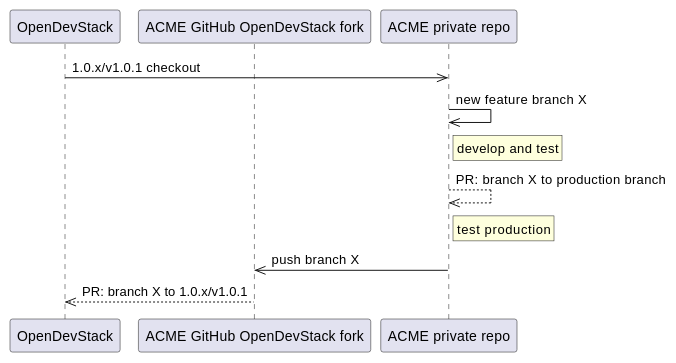
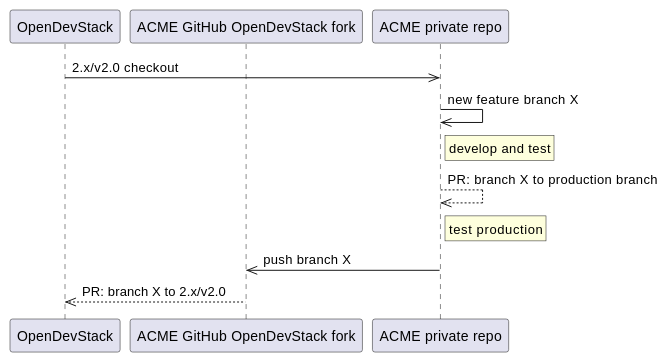
One commit to opendevstack/ods-core changed the diagram in docs/modules/contributing/pages/development.adoc. Above: the diagram before and after it, drawn with PlantUML. The commit also changed other lines of this file, not shown here.

```diff
--- a/docs/modules/contributing/pages/development.adoc
+++ b/docs/modules/contributing/pages/development.adoc
@@ -114,17 +114,17 @@
 [plantuml]
 ----
 participant OpenDevStack as A
 participant "ACME GitHub OpenDevStack fork" as B
 participant "ACME private repo" as C
-A->>C: 1.0.x/v1.0.1 checkout
+A->>C: 2.x/v2.0 checkout
 
 C->>C: new feature branch X
 rnote right of C: develop and test
 
 C-->>C: PR: branch X to production branch
 rnote right of C: test production
 
 C->>B: push branch X
 
-B-->>A: PR: branch X to 1.0.x/v1.0.1
+B-->>A: PR: branch X to 2.x/v2.0
 ----
```
